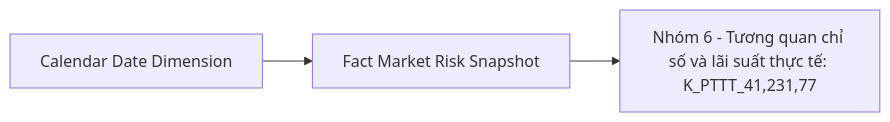
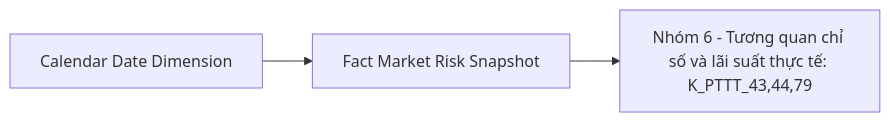
Before and after one commit to linhlvit/ubck_atomic_design: diagram 20 of 55 in Datamart/hld/DTM_PTTT_HLD.md, drawn with Mermaid. The commit also changed other lines of this file and 70 other files, not shown here.

````diff
--- a/Datamart/hld/DTM_PTTT_HLD.md
+++ b/Datamart/hld/DTM_PTTT_HLD.md
@@ -878,5 +878,5 @@
 ```mermaid
 flowchart LR
-    fct_mkt_rsk_snpst["Fact Market Risk Snapshot"] --> rpt_nhom6["Nhóm 6 - Tương quan chỉ số và lãi suất thực tế: K_PTTT_41,231,77"]
+    fct_mkt_rsk_snpst["Fact Market Risk Snapshot"] --> rpt_nhom6["Nhóm 6 - Tương quan chỉ số và lãi suất thực tế: K_PTTT_43,44,79"]
     cdr_dt_dim["Calendar Date Dimension"] --> fct_mkt_rsk_snpst
 ```
````
